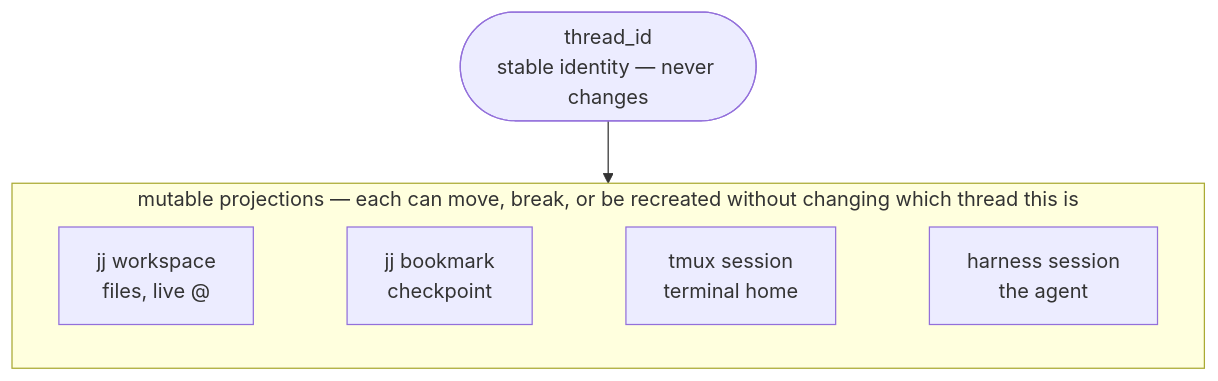
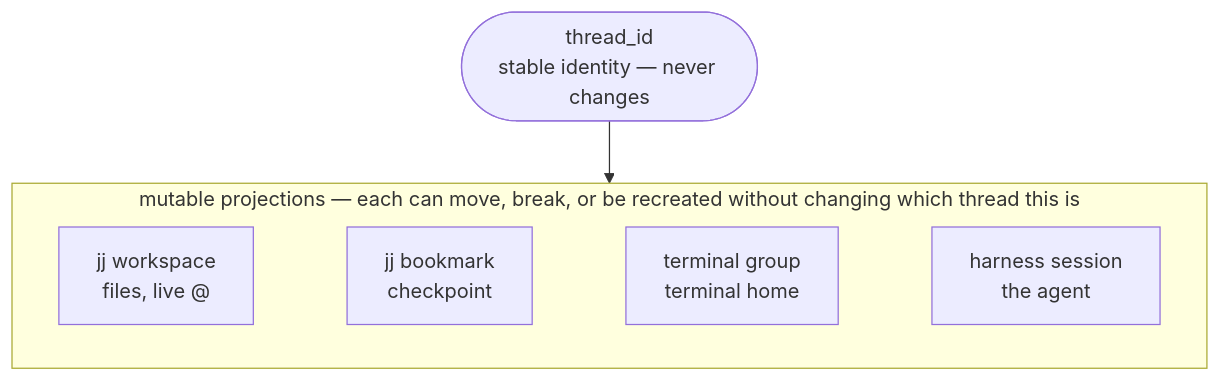
One commit to skeswa/kiki changed the first of 4 diagrams in docs/reference/book/03-threads.md. Above: the diagram before and after it, drawn with Mermaid. The commit also changed other lines of this file and 46 other files, not shown here.

````diff
--- a/docs/reference/book/03-threads.md
+++ b/docs/reference/book/03-threads.md
@@ -16,9 +18,9 @@
 ```mermaid
 flowchart TD
     tid(["thread_id<br/>stable identity — never changes"])
     subgraph projections ["mutable projections — each can move, break, or be recreated without changing which thread this is"]
         direction LR
-        ws["jj workspace<br/>files, live @"] ~~~ bm["jj bookmark<br/>checkpoint"] ~~~ tm["tmux session<br/>terminal home"] ~~~ hs["harness session<br/>the agent"]
+        ws["jj workspace<br/>files, live @"] ~~~ bm["jj bookmark<br/>checkpoint"] ~~~ tm["terminal group<br/>terminal home"] ~~~ hs["harness session<br/>the agent"]
     end
     tid --> projections
 ```
````
